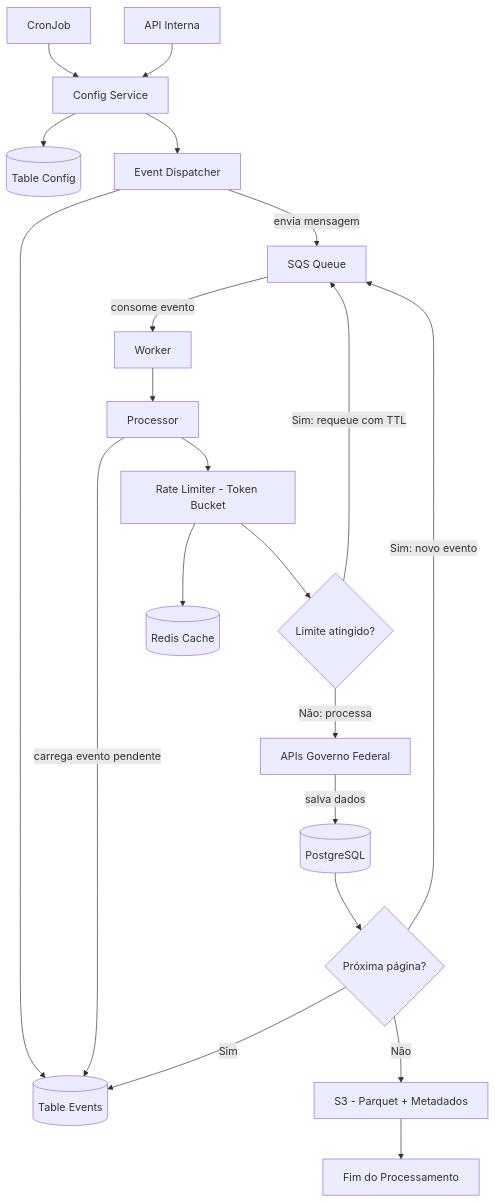
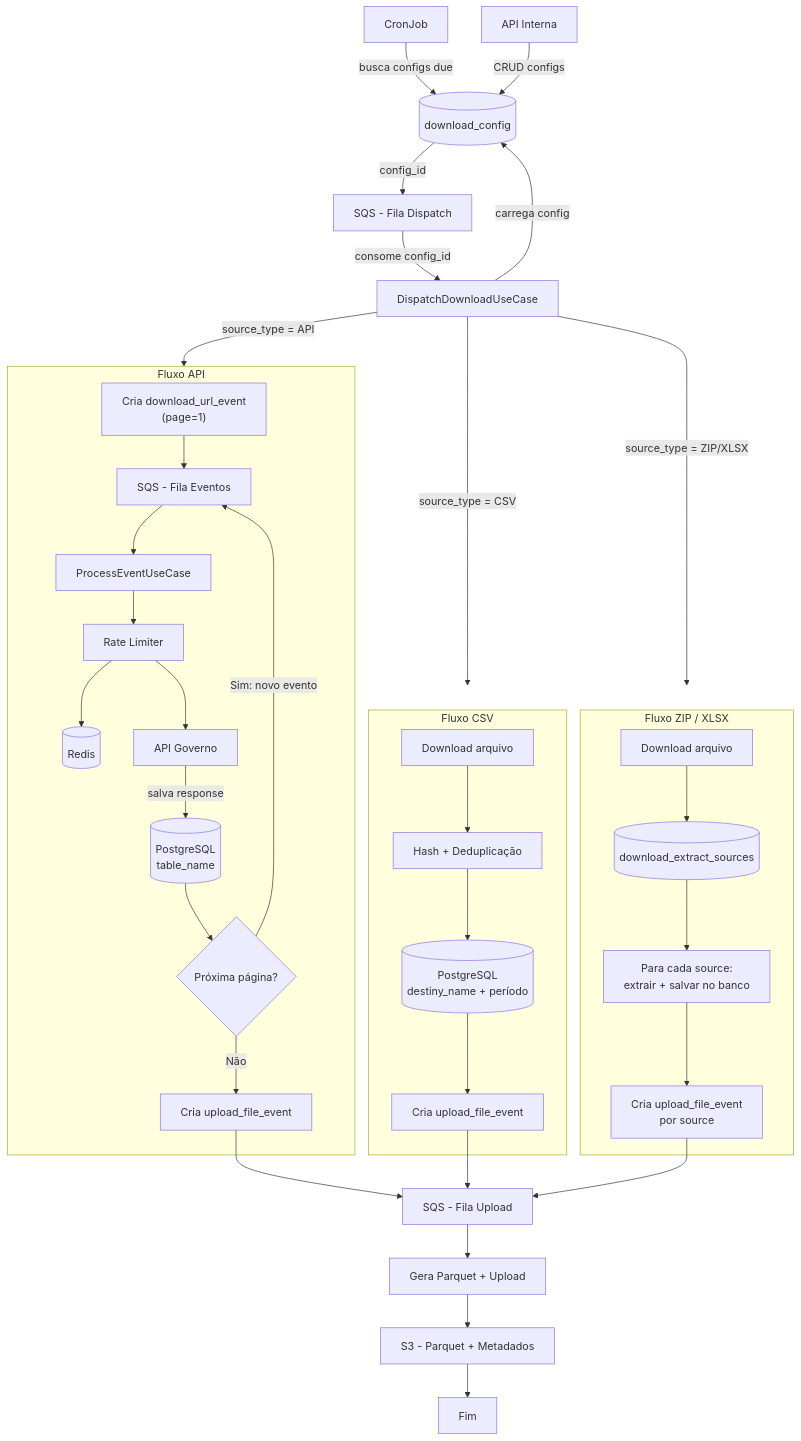
Before and after one commit to Fiscal-Guard-AI/fiscal-guard-ai-back: the first of 2 diagrams in docs/visao-geral-solucao.md, drawn with Mermaid. The commit also changed other lines of this file and 4 other files, not shown here.

First line of the commit message:
feat: add schema.sql inside flyway migration and adjust documentation with event driven flow (#4)

````diff
--- a/docs/visao-geral-solucao.md
+++ b/docs/visao-geral-solucao.md
@@ -146,28 +160,45 @@
 ```mermaid
 flowchart TB
-    cron["CronJob"] --> configService["Config Service"]
-    api["API Interna"] --> configService
+    cron["CronJob"] -- "busca configs due" --> configTable[("download_config")]
+    configTable -- "config_id" --> dispatchQueue["SQS - Fila Dispatch"]
+    api["API Interna"] -- "CRUD configs" --> configTable
 
-    configService --> tableConfig[("Table Config")]
-    configService --> eventDispatcher["Event Dispatcher"]
-    eventDispatcher --> tableEvents[("Table Events")]
-    eventDispatcher -- "envia mensagem" --> queue["SQS Queue"]
+    dispatchQueue -- "consome config_id" --> dispatcher["DispatchDownloadUseCase"]
+    dispatcher -- "carrega config" --> configTable
 
-    queue -- "consome evento" --> worker["Worker"]
-    worker --> processor["Processor"]
+    dispatcher -- "source_type = API" --> apiFlow
+    dispatcher -- "source_type = CSV" --> csvFlow
+    dispatcher -- "source_type = ZIP/XLSX" --> zipFlow
 
-    processor -- "carrega evento pendente" --> tableEvents
-    processor --> rateLimiter["Rate Limiter - Token Bucket"]
-    rateLimiter --> cache[("Redis Cache")]
+    subgraph apiFlow ["Fluxo API"]
+        createUrlEvent["Cria download_url_event\n(page=1)"] --> eventQueue["SQS - Fila Eventos"]
+        eventQueue --> processEvent["ProcessEventUseCase"]
+        processEvent --> rateLimiter["Rate Limiter"]
+        rateLimiter --> cache[("Redis")]
+        rateLimiter --> apiGov["API Governo"]
+        apiGov -- "salva response" --> postgres[("PostgreSQL\ntable_name")]
+        postgres --> nextPage{"Próxima página?"}
+        nextPage -- "Sim: novo evento" --> eventQueue
+        nextPage -- "Não" --> uploadFromApi["Cria upload_file_event"]
+    end
 
-    rateLimiter --> decision{"Limite atingido?"}
-    decision -- "Sim: requeue com TTL" --> queue
-    decision -- "Não: processa" --> apiGov["APIs Governo Federal"]
+    subgraph csvFlow ["Fluxo CSV"]
+        downloadCsv["Download arquivo"] --> hashCheck["Hash + Deduplicação"]
+        hashCheck --> saveCsv[("PostgreSQL\ndestiny_name + período")]
+        saveCsv --> uploadCsv["Cria upload_file_event"]
+    end
 
-    apiGov -- "salva dados" --> postgres[("PostgreSQL")]
-    postgres --> pagination{"Próxima página?"}
-    pagination -- "Sim" --> tableEvents
-    pagination -- "Sim: novo evento" --> queue
-    pagination -- "Não" --> s3["S3 - Parquet + Metadados"]
-    s3 --> done["Fim do Processamento"]
+    subgraph zipFlow ["Fluxo ZIP / XLSX"]
+        downloadZip["Download arquivo"] --> extractSources[("download_extract_sources")]
+        extractSources --> extractLoop["Para cada source:\nextrair + salvar no banco"]
+        extractLoop --> uploadZip["Cria upload_file_event\npor source"]
+    end
+
+    uploadFromApi --> uploadQueue["SQS - Fila Upload"]
+    uploadCsv --> uploadQueue
+    uploadZip --> uploadQueue
+
+    uploadQueue --> processUpload["Gera Parquet + Upload"]
+    processUpload --> s3["S3 - Parquet + Metadados"]
+    s3 --> done["Fim"]
 ```
````
